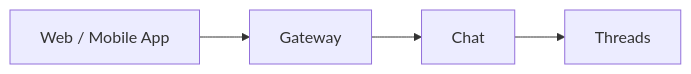
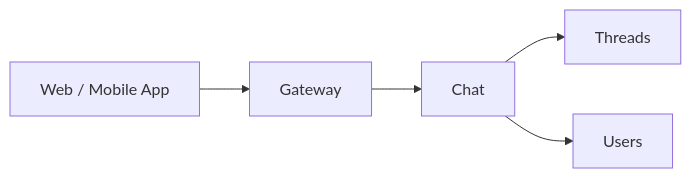
Before and after one commit to agynio/architecture: the diagram in architecture/chat.md, drawn with Mermaid. The commit also changed other lines of this file and 8 other files, not shown here.

````diff
--- a/architecture/chat.md
+++ b/architecture/chat.md
@@ -23,6 +23,7 @@
 ```mermaid
 graph LR
     UI[Web / Mobile App] --> GW[Gateway]
     GW --> Chat
     Chat --> Threads
+    Chat --> Users
 ```
````
